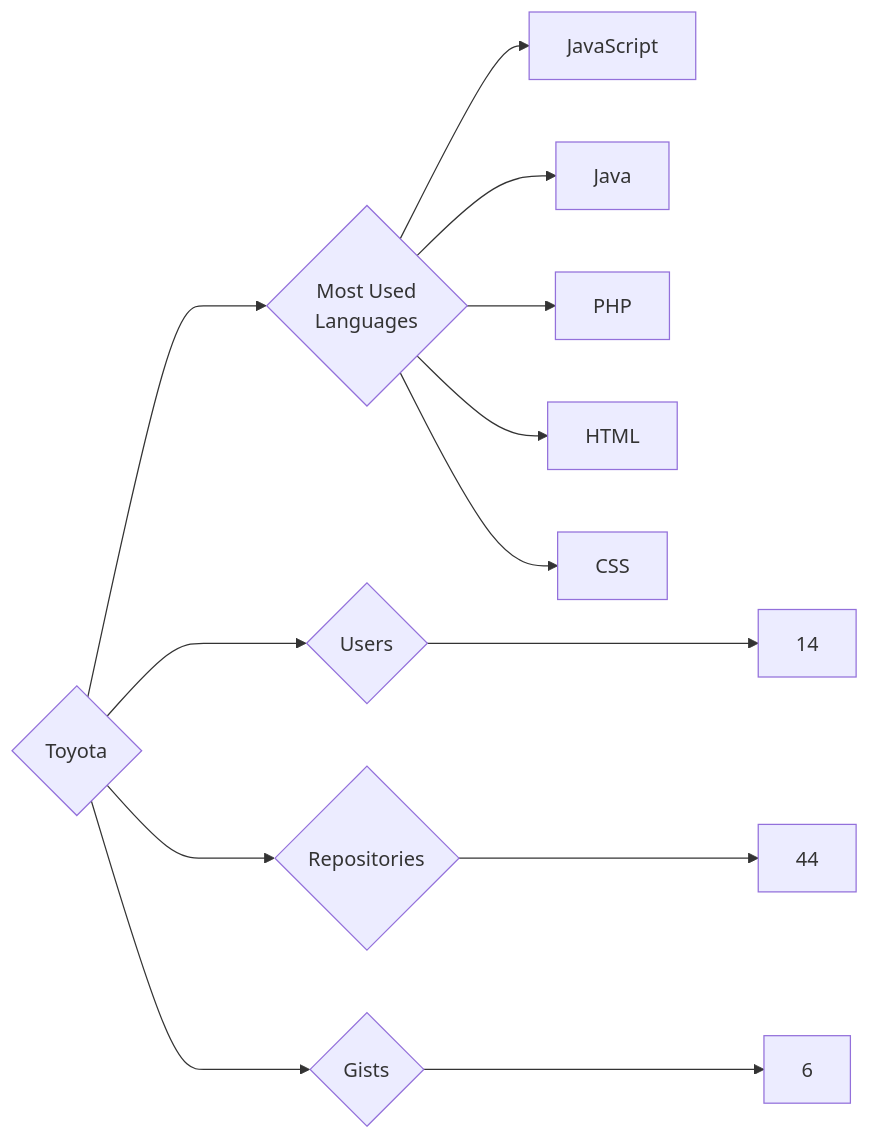
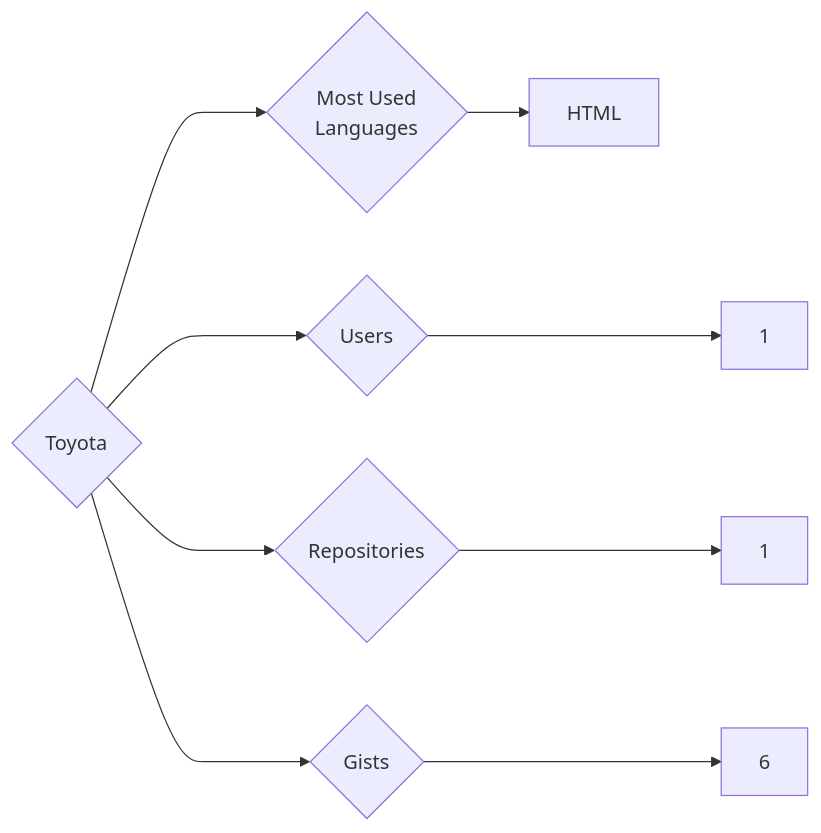
Before and after one commit to trickest/insiders: the diagram in targets/Toyota/README.md, drawn with Mermaid. The commit also changed 796 other files, not shown here.

````diff
--- a/targets/Toyota/README.md
+++ b/targets/Toyota/README.md
@@ -3,13 +3,9 @@
 ```mermaid
 graph LR
 COMPANY_NAME{Toyota}
-COMPANY_NAME ---> U{Users} ---> UN[14]
-COMPANY_NAME ---> R{Repositories} ---> RN[44]
+COMPANY_NAME ---> U{Users} ---> UN[1]
+COMPANY_NAME ---> R{Repositories} ---> RN[1]
 COMPANY_NAME ---> G{Gists} ---> GN[6]
 COMPANY_NAME ---> ML{Most Used<br>Languages}
-ML --> JavaScript[JavaScript]
-ML --> Java[Java]
-ML --> PHP[PHP]
 ML --> HTML[HTML]
-ML --> CSS[CSS]
 ```
````
